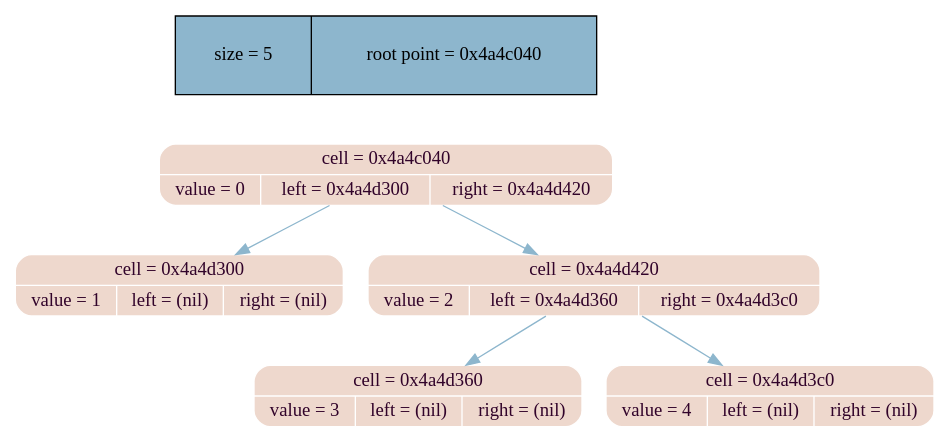
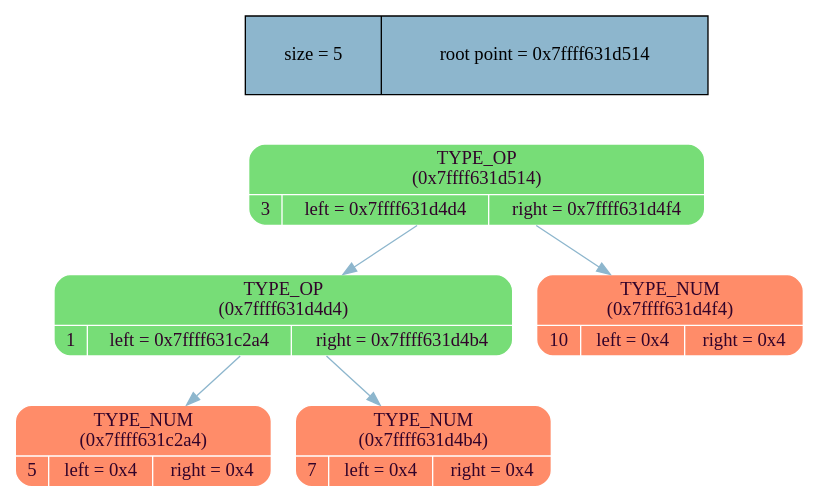
Before and after one commit to MaxGroshev/differentiator: the diagram in dump_info/tree_dump.dot, drawn with Graphviz. The commit also changed 8 other files, not shown here.

```diff
--- a/dump_info/tree_dump.dot
+++ b/dump_info/tree_dump.dot
@@ -1,18 +1,18 @@
 digraph   
 {
 rankdir = ""
 splines = "true"
 
-node_stat [margin = "0.3*0.3", style = "filled", shape = "record", fillcolor = "#8DB6CD" label = " size = 5 | root point = 0x4a4c040"]
+node_stat [margin = "0.3*0.3", style = "filled", shape = "record", fillcolor = "#8DB6CD" label = " size = 5 | root point = 0x7ffff631d514"]
 {rank = source; node_stat}
 
-node0x4a4c040 [shape = "Mrecord", fillcolor = "#eed8cd", style = "filled", fontcolor = "#31032A", fontname = "Calibri", color = "white", label = "{cell = 0x4a4c040\n | {value = 0 |left = 0x4a4d300 |right = 0x4a4d420}}"]
-node0x4a4c040 -> node0x4a4d300 [color = "#8DB6CD", style = "", constraint = true, fillcolor = "#8DB6CD",   fontcolor = "", fontname = "Calibri", label = ""];
-node0x4a4d300 [shape = "Mrecord", fillcolor = "#eed8cd", style = "filled", fontcolor = "#31032A", fontname = "Calibri", color = "white", label = "{cell = 0x4a4d300\n | {value = 1 |left = (nil) |right = (nil)}}"]
-node0x4a4c040 -> node0x4a4d420 [color = "#8DB6CD", style = "", constraint = true, fillcolor = "#8DB6CD",   fontcolor = "", fontname = "Calibri", label = ""];
-node0x4a4d420 [shape = "Mrecord", fillcolor = "#eed8cd", style = "filled", fontcolor = "#31032A", fontname = "Calibri", color = "white", label = "{cell = 0x4a4d420\n | {value = 2 |left = 0x4a4d360 |right = 0x4a4d3c0}}"]
-node0x4a4d420 -> node0x4a4d360 [color = "#8DB6CD", style = "", constraint = true, fillcolor = "#8DB6CD",   fontcolor = "", fontname = "Calibri", label = ""];
-node0x4a4d360 [shape = "Mrecord", fillcolor = "#eed8cd", style = "filled", fontcolor = "#31032A", fontname = "Calibri", color = "white", label = "{cell = 0x4a4d360\n | {value = 3 |left = (nil) |right = (nil)}}"]
-node0x4a4d420 -> node0x4a4d3c0 [color = "#8DB6CD", style = "", constraint = true, fillcolor = "#8DB6CD",   fontcolor = "", fontname = "Calibri", label = ""];
-node0x4a4d3c0 [shape = "Mrecord", fillcolor = "#eed8cd", style = "filled", fontcolor = "#31032A", fontname = "Calibri", color = "white", label = "{cell = 0x4a4d3c0\n | {value = 4 |left = (nil) |right = (nil)}}"]
+node0x7ffff631d514 [shape = "Mrecord", fillcolor = "#77DD77", style = "filled", fontcolor = "#31032A", fontname = "Calibri", color = "white", label = "{TYPE_OP\n (0x7ffff631d514)| {3 |left = 0x7ffff631d4d4 |right = 0x7ffff631d4f4}}"]
+node0x7ffff631d514 -> node0x7ffff631d4d4 [color = "#8DB6CD", style = "", constraint = true, fillcolor = "#8DB6CD",   fontcolor = "", fontname = "Calibri", label = ""];
+node0x7ffff631d4d4 [shape = "Mrecord", fillcolor = "#77DD77", style = "filled", fontcolor = "#31032A", fontname = "Calibri", color = "white", label = "{TYPE_OP\n (0x7ffff631d4d4)| {1 |left = 0x7ffff631c2a4 |right = 0x7ffff631d4b4}}"]
+node0x7ffff631d4d4 -> node0x7ffff631c2a4 [color = "#8DB6CD", style = "", constraint = true, fillcolor = "#8DB6CD",   fontcolor = "", fontname = "Calibri", label = ""];
+node0x7ffff631c2a4 [shape = "Mrecord", fillcolor = "#FF8C69", style = "filled", fontcolor = "#31032A", fontname = "Calibri", color = "white", label = "{TYPE_NUM\n (0x7ffff631c2a4)| {5 |left = 0x4 |right = 0x4}}"]
+node0x7ffff631d4d4 -> node0x7ffff631d4b4 [color = "#8DB6CD", style = "", constraint = true, fillcolor = "#8DB6CD",   fontcolor = "", fontname = "Calibri", label = ""];
+node0x7ffff631d4b4 [shape = "Mrecord", fillcolor = "#FF8C69", style = "filled", fontcolor = "#31032A", fontname = "Calibri", color = "white", label = "{TYPE_NUM\n (0x7ffff631d4b4)| {7 |left = 0x4 |right = 0x4}}"]
+node0x7ffff631d514 -> node0x7ffff631d4f4 [color = "#8DB6CD", style = "", constraint = true, fillcolor = "#8DB6CD",   fontcolor = "", fontname = "Calibri", label = ""];
+node0x7ffff631d4f4 [shape = "Mrecord", fillcolor = "#FF8C69", style = "filled", fontcolor = "#31032A", fontname = "Calibri", color = "white", label = "{TYPE_NUM\n (0x7ffff631d4f4)| {10 |left = 0x4 |right = 0x4}}"]
 }
```
